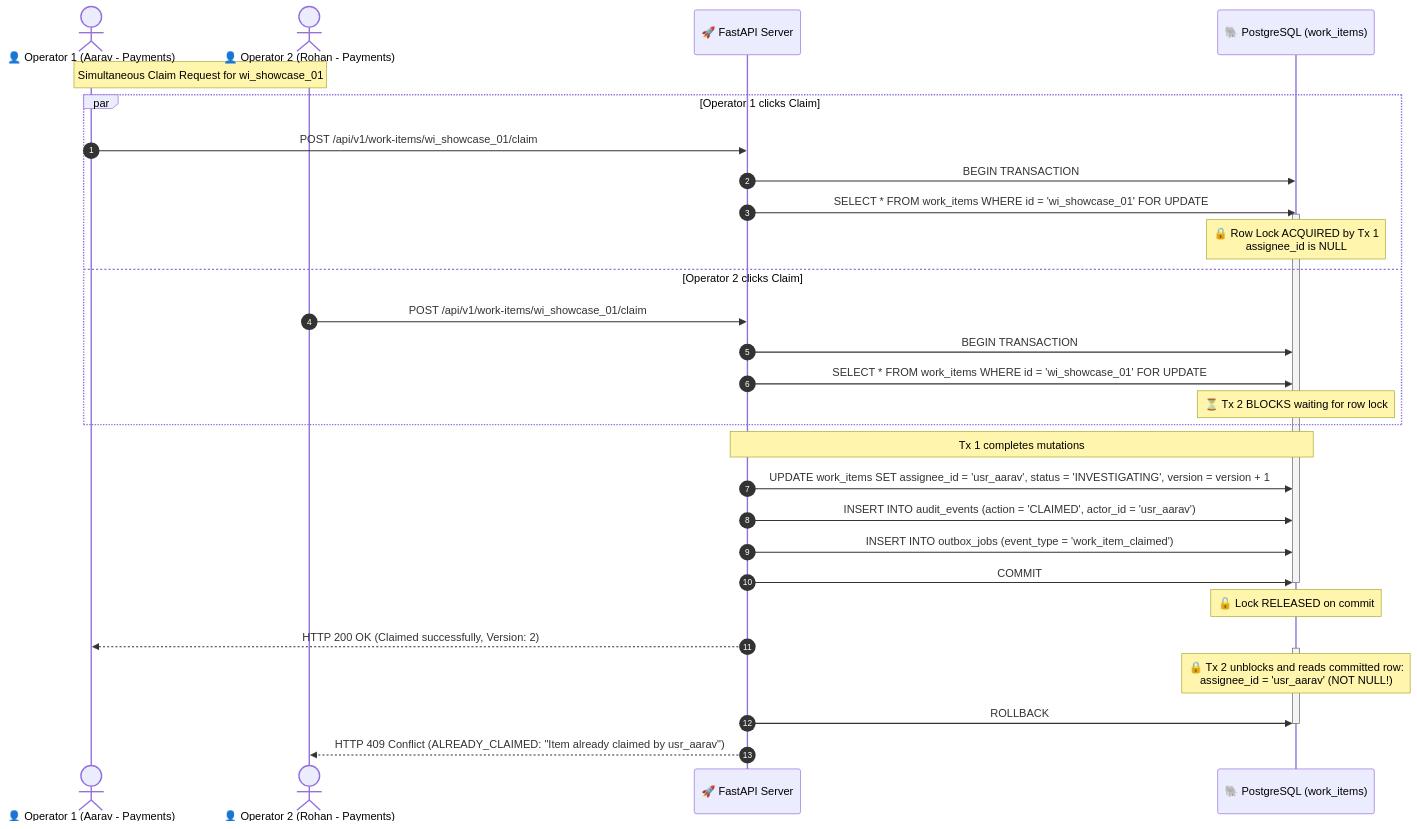
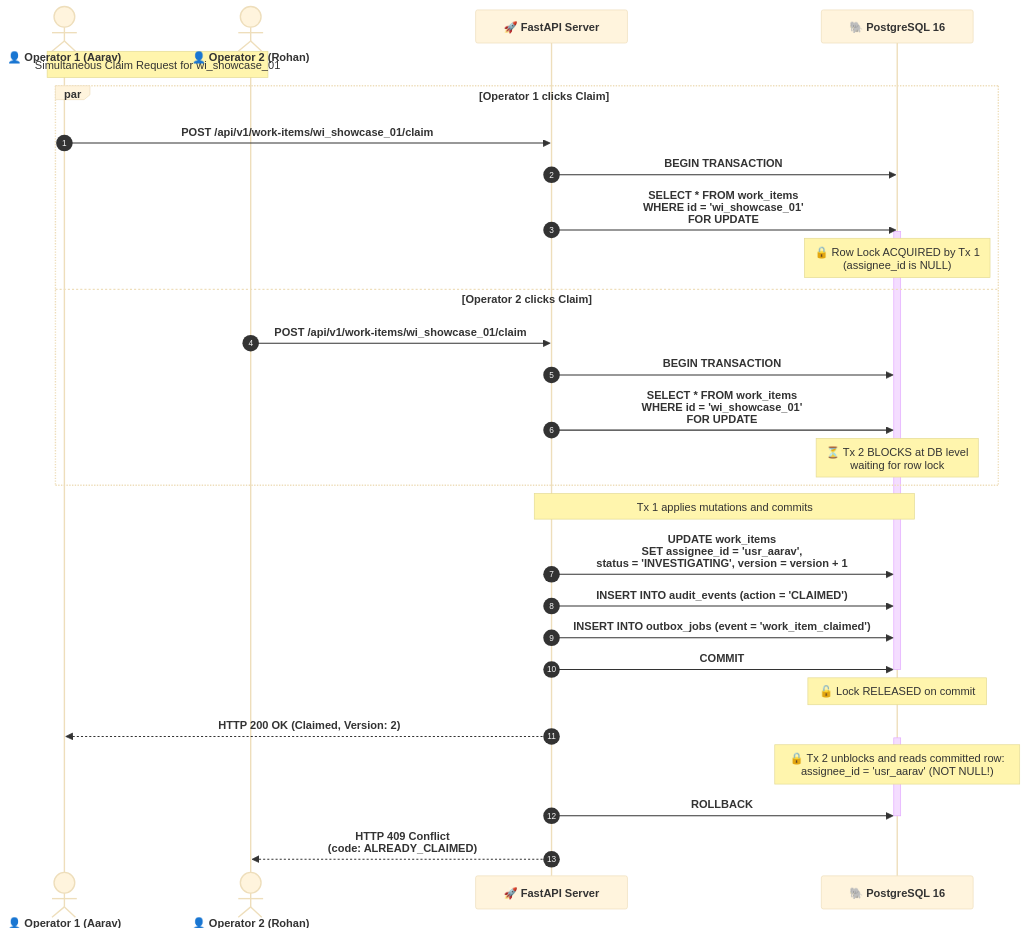
The third of 6 diagrams in README.md (matrix-1407/OpsPulse-Newtonite), drawn with Mermaid before and after one commit. The commit also changed other lines of this file and 1 other file, not shown here.

Commit message:
docs: enlarge and optimize all Mermaid diagrams for high readability and visibility

````diff
--- a/README.md
+++ b/README.md
@@ -160,39 +160,57 @@
 ```mermaid
+%%{init: {
+  'theme': 'base',
+  'themeVariables': {
+    'fontFamily': 'Inter, -apple-system, BlinkMacSystemFont, Segoe UI, Roboto, sans-serif'
+  },
+  'sequence': {
+    'actorFontSize': 17,
+    'actorFontWeight': 700,
+    'noteFontSize': 15,
+    'noteFontWeight': 600,
+    'messageFontSize': 15,
+    'messageFontWeight': 600,
+    'width': 220,
+    'height': 48,
+    'boxMargin': 12,
+    'messageMargin': 35
+  }
+}}%%
 sequenceDiagram
     autonumber
-    actor Operator1 as 👤 Operator 1 (Aarav - Payments)
-    actor Operator2 as 👤 Operator 2 (Rohan - Payments)
+    actor Op1 as 👤 Operator 1 (Aarav)
+    actor Op2 as 👤 Operator 2 (Rohan)
     participant API as 🚀 FastAPI Server
-    participant DB as 🐘 PostgreSQL (work_items)
+    participant DB as 🐘 PostgreSQL 16
 
-    Note over Operator1, Operator2: Simultaneous Claim Request for wi_showcase_01
+    Note over Op1, Op2: Simultaneous Claim Request for wi_showcase_01
     par Operator 1 clicks Claim
-        Operator1->>API: POST /api/v1/work-items/wi_showcase_01/claim
-        API->>DB: BEGIN TRANSACTION
-        API->>DB: SELECT * FROM work_items WHERE id = 'wi_showcase_01' FOR UPDATE;
+        Op1->>API: POST /api/v1/work-items/wi_showcase_01/claim
+        API->>DB: BEGIN TRANSACTION;
+        API->>DB: SELECT * FROM work_items<br/>WHERE id = 'wi_showcase_01'<br/>FOR UPDATE;
         activate DB
-        Note over DB: 🔒 Row Lock ACQUIRED by Tx 1<br/>assignee_id is NULL
+        Note over DB: 🔒 Row Lock ACQUIRED by Tx 1<br/>(assignee_id is NULL)
     and Operator 2 clicks Claim
-        Operator2->>API: POST /api/v1/work-items/wi_showcase_01/claim
-        API->>DB: BEGIN TRANSACTION
-        API->>DB: SELECT * FROM work_items WHERE id = 'wi_showcase_01' FOR UPDATE;
-        Note over DB: ⏳ Tx 2 BLOCKS waiting for row lock
+        Op2->>API: POST /api/v1/work-items/wi_showcase_01/claim
+        API->>DB: BEGIN TRANSACTION;
+        API->>DB: SELECT * FROM work_items<br/>WHERE id = 'wi_showcase_01'<br/>FOR UPDATE;
+        Note over DB: ⏳ Tx 2 BLOCKS at DB level<br/>waiting for row lock
     end
 
-    Note over API, DB: Tx 1 completes mutations
-    API->>DB: UPDATE work_items SET assignee_id = 'usr_aarav', status = 'INVESTIGATING', version = version + 1;
-    API->>DB: INSERT INTO audit_events (action = 'CLAIMED', actor_id = 'usr_aarav');
-    API->>DB: INSERT INTO outbox_jobs (event_type = 'work_item_claimed');
+    Note over API, DB: Tx 1 applies mutations and commits
+    API->>DB: UPDATE work_items<br/>SET assignee_id = 'usr_aarav',<br/>status = 'INVESTIGATING', version = version + 1;
+    API->>DB: INSERT INTO audit_events (action = 'CLAIMED');
+    API->>DB: INSERT INTO outbox_jobs (event = 'work_item_claimed');
     API->>DB: COMMIT;
     deactivate DB
     Note over DB: 🔓 Lock RELEASED on commit
 
-    API-->>Operator1: HTTP 200 OK (Claimed successfully, Version: 2)
+    API-->>Op1: HTTP 200 OK (Claimed, Version: 2)
 
     activate DB
     Note over DB: 🔒 Tx 2 unblocks and reads committed row:<br/>assignee_id = 'usr_aarav' (NOT NULL!)
     API->>DB: ROLLBACK;
     deactivate DB
 
-    API-->>Operator2: HTTP 409 Conflict (ALREADY_CLAIMED: "Item already claimed by usr_aarav")
+    API-->>Op2: HTTP 409 Conflict<br/>(code: ALREADY_CLAIMED)
 ```
````
